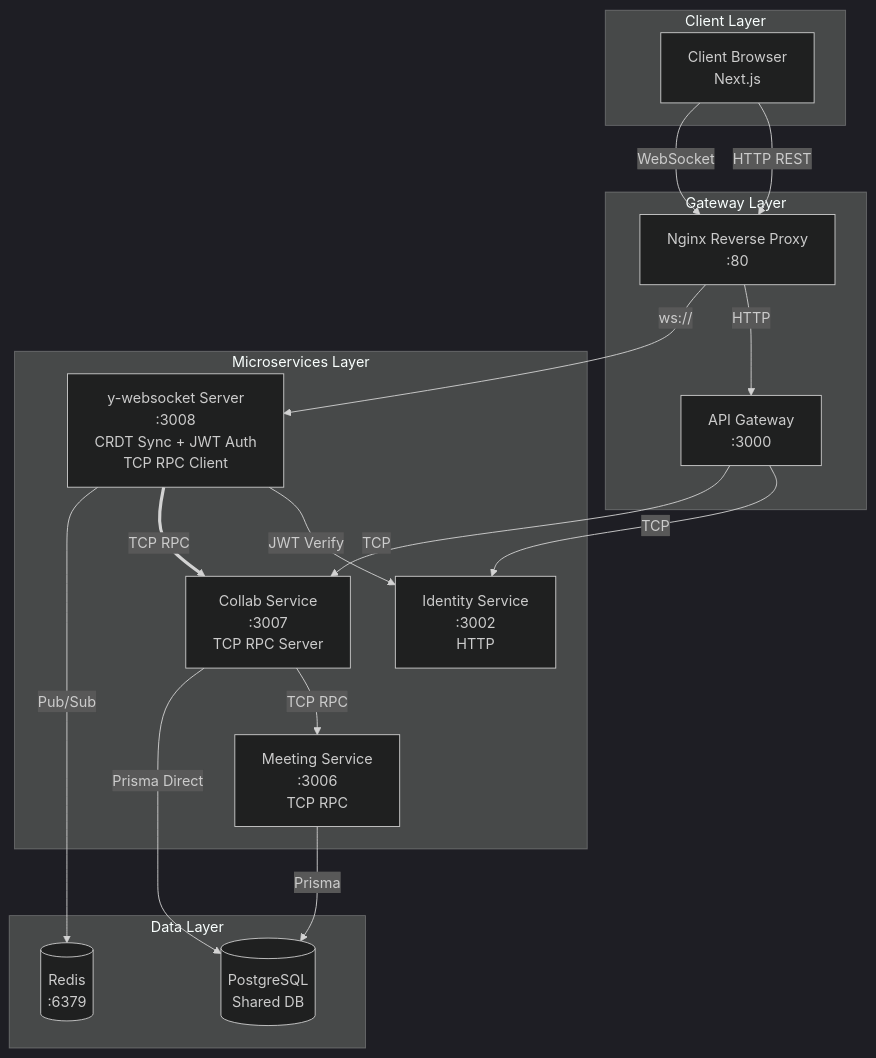
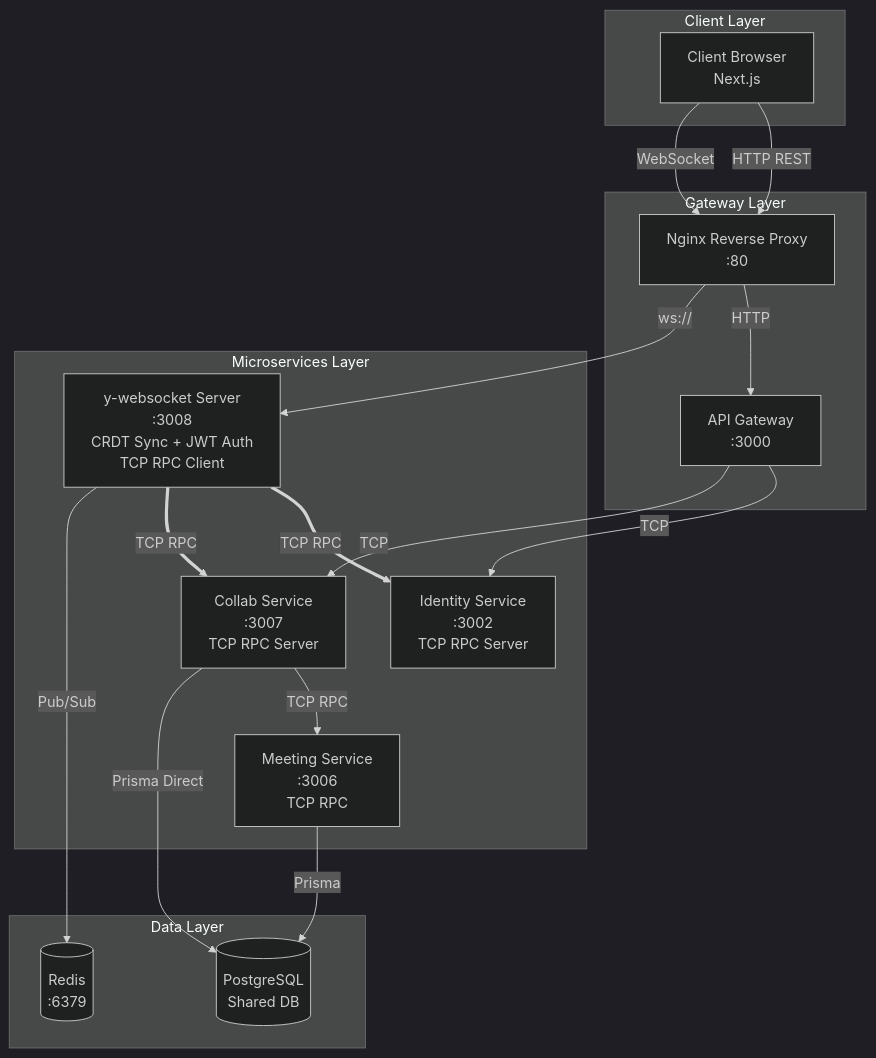
The first of 5 diagrams in documents/ms/collab_service/idea/architecture.md (Yamaaaaaaaa/VDT_miniproject_TranscriptHub), drawn with Mermaid (dark theme) before and after one commit. The commit also changed other lines of this file and 1 other file, not shown here.

````diff
--- a/documents/ms/collab_service/idea/architecture.md
+++ b/documents/ms/collab_service/idea/architecture.md
@@ -62,48 +62,48 @@
 ```mermaid
 graph TB
 
     subgraph "Client Layer"
         Browser[Client Browser<br/>Next.js]
     end
 
     subgraph "Gateway Layer"
         Nginx[Nginx Reverse Proxy<br/>:80]
         APIGateway[API Gateway<br/>:3000]
     end
 
     subgraph "Microservices Layer"
         yWS[y-websocket Server<br/>:3008<br/>CRDT Sync + JWT Auth<br/>TCP RPC Client]
-        Identity[Identity Service<br/>:3002<br/>HTTP]
+        Identity[Identity Service<br/>:3002<br/>TCP RPC Server]
         Collab[Collab Service<br/>:3007<br/>TCP RPC Server]
         Meeting[Meeting Service<br/>:3006<br/>TCP RPC]
     end
 
     subgraph "Data Layer"
         Redis[(Redis<br/>:6379)]
         PG[(PostgreSQL<br/>Shared DB)]
     end
 
     %% Client -> Gateway
     Browser -->|HTTP REST| Nginx
     Browser -->|WebSocket| Nginx
 
     %% Gateway Routing
     Nginx -->|HTTP| APIGateway
     Nginx -->|ws://| yWS
 
     %% API Gateway -> Services
     APIGateway -->|TCP| Identity
     APIGateway -->|TCP| Collab
 
     %% WebSocket Service
-    yWS -->|JWT Verify| Identity
+    yWS ==>|TCP RPC| Identity
     yWS ==>|TCP RPC| Collab
     yWS -->|Pub/Sub| Redis
 
     %% Internal Service Communication
     Collab -->|TCP RPC| Meeting
 
     %% Database Access
     Collab -->|Prisma Direct| PG
     Meeting -->|Prisma| PG
 ```
````
